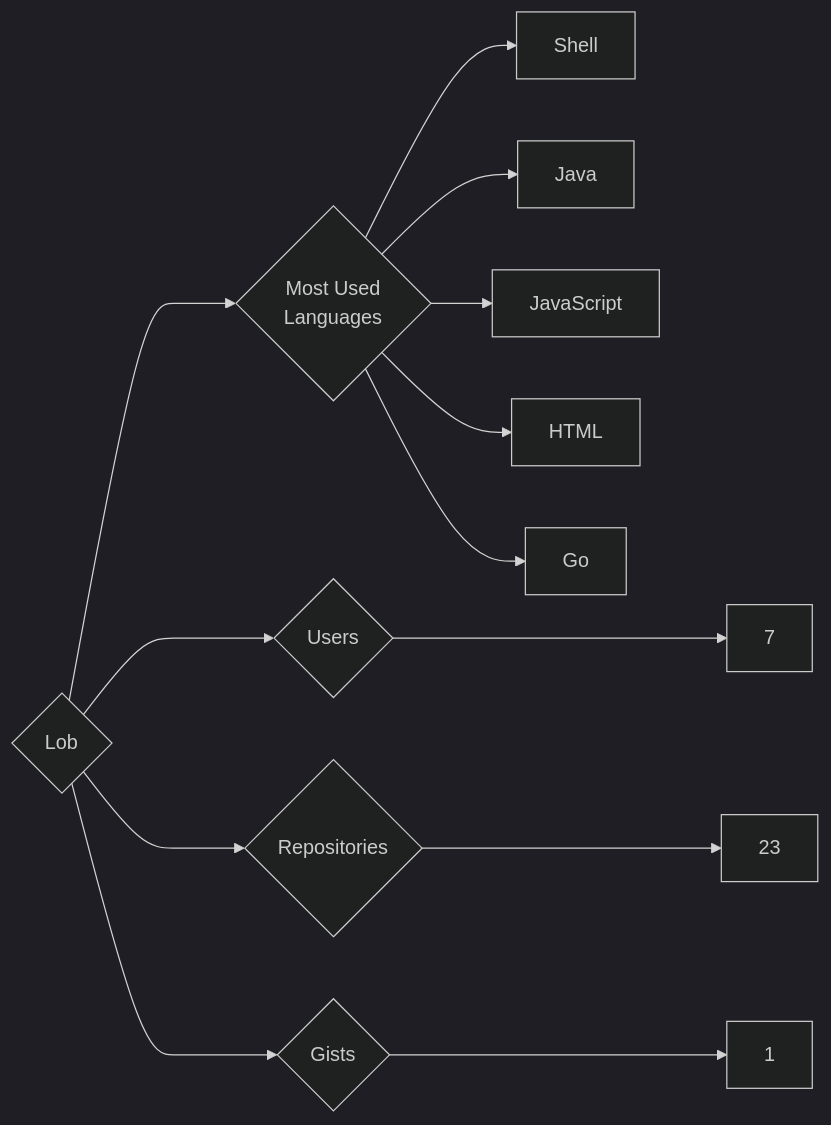
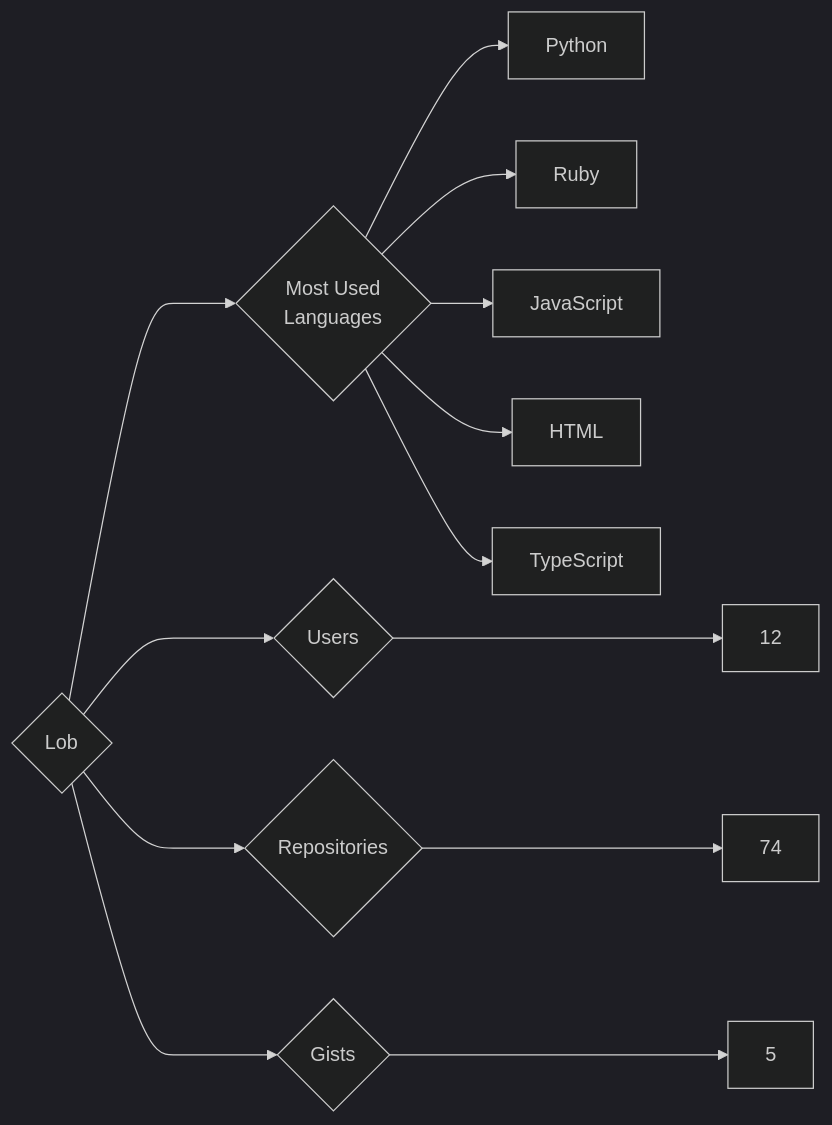
One commit to trickest/insiders changed the diagram in targets/Lob/README.md. Above: the diagram before and after it, drawn with Mermaid (dark theme). The commit also changed 545 other files, not shown here.

````diff
--- a/targets/Lob/README.md
+++ b/targets/Lob/README.md
@@ -3,13 +3,13 @@
 ```mermaid
 graph LR
 COMPANY_NAME{Lob}
-COMPANY_NAME ---> U{Users} ---> UN[7]
-COMPANY_NAME ---> R{Repositories} ---> RN[23]
-COMPANY_NAME ---> G{Gists} ---> GN[1]
+COMPANY_NAME ---> U{Users} ---> UN[12]
+COMPANY_NAME ---> R{Repositories} ---> RN[74]
+COMPANY_NAME ---> G{Gists} ---> GN[5]
 COMPANY_NAME ---> ML{Most Used<br>Languages}
-ML --> Shell[Shell]
-ML --> Java[Java]
+ML --> Python[Python]
+ML --> Ruby[Ruby]
 ML --> JavaScript[JavaScript]
 ML --> HTML[HTML]
-ML --> Go[Go]
+ML --> TypeScript[TypeScript]
 ```
````
